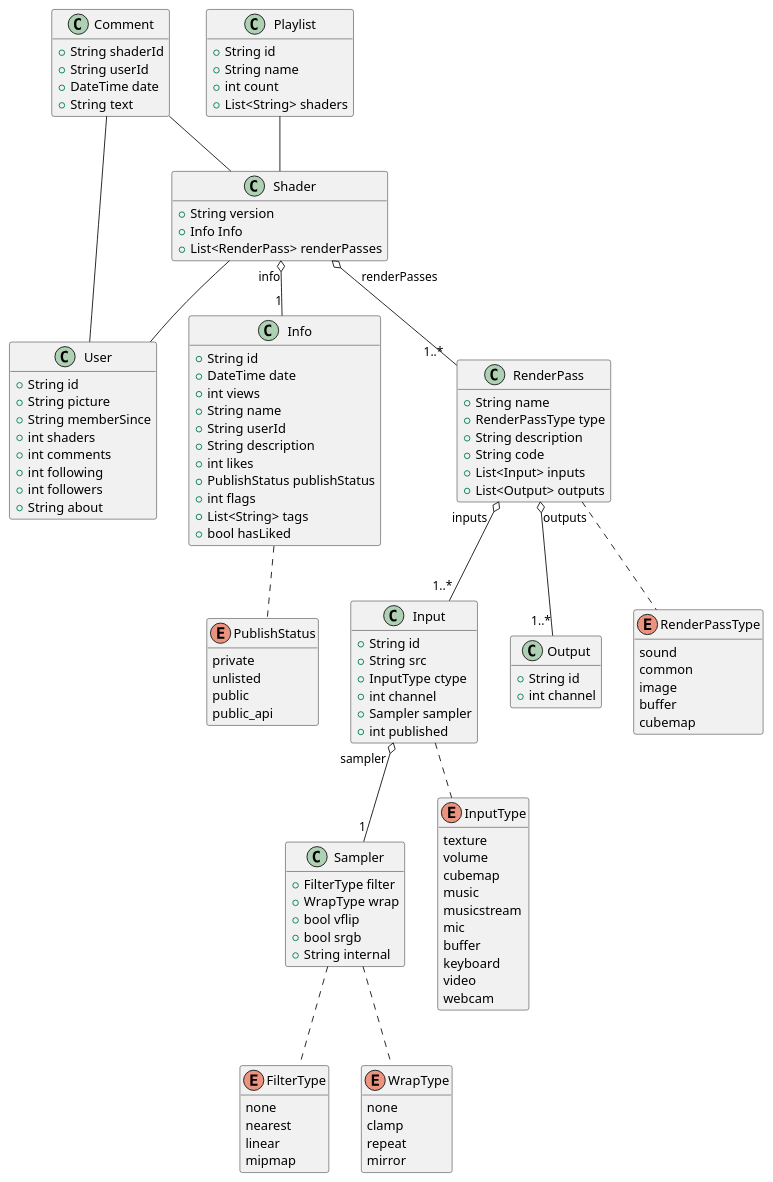
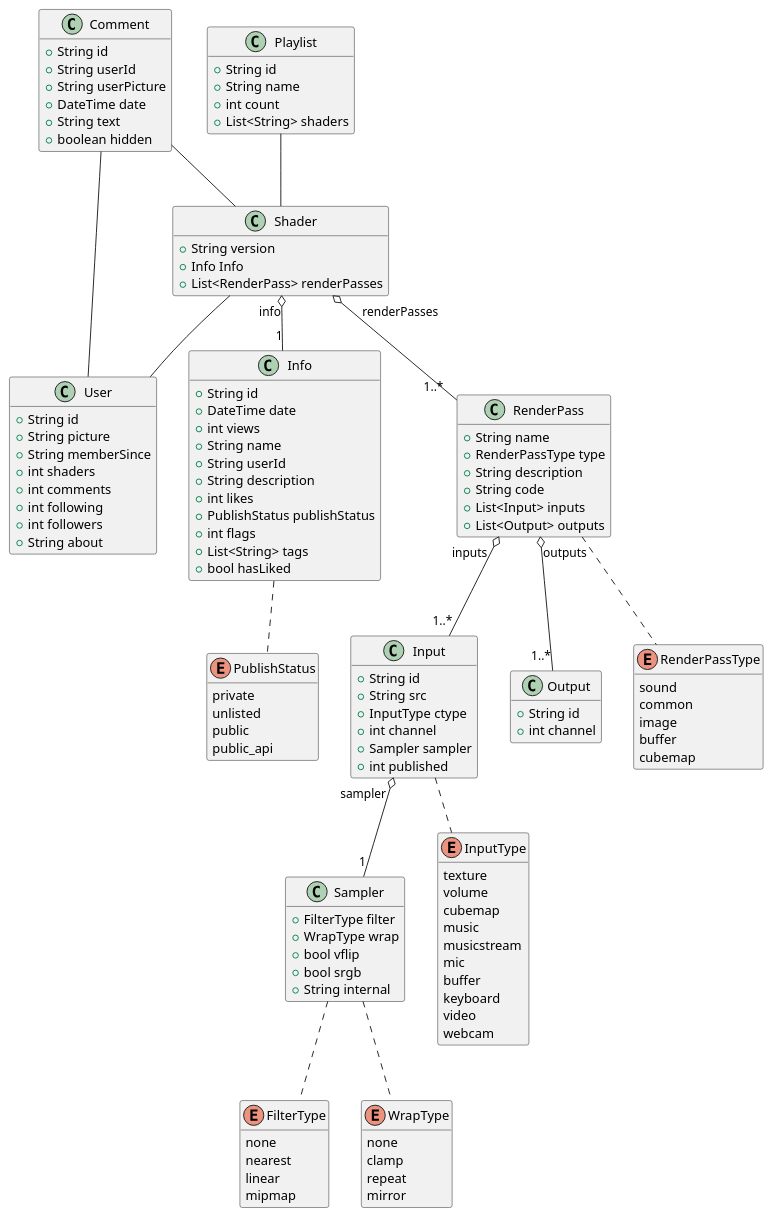
The diagram in model.pu (ivoleitao/shadertoy_api), drawn with PlantUML before and after one commit.

Commit message:
Added missing fields on comment

```diff
--- a/model.pu
+++ b/model.pu
@@ -1,142 +1,144 @@
 @startuml Shadertoy
 
 hide methods
 
 class User {
  +String id
  +String picture
  +String memberSince
  +int shaders
  +int comments 
  +int following
  +int followers
  +String about
 }
 
 class Comment {
-    +String shaderId
+    +String id
     +String userId
+    +String userPicture
     +DateTime date
     +String text
+    +boolean hidden
 }
 
 enum PublishStatus {
     private
     unlisted
     public
     public_api
 }
 
 class Info {
     +String id
     +DateTime date
     +int views 
     +String name
     +String userId
     +String description
     +int likes
     +PublishStatus publishStatus
     +int flags
     +List<String> tags
     +bool hasLiked
 }
 
 enum FilterType {
     none
     nearest
     linear
     mipmap
 }
 
 enum WrapType {
     none
     clamp
     repeat
     mirror
 }
 
 class Sampler {
     +FilterType filter
     +WrapType wrap
     +bool vflip
     +bool srgb
     +String internal
 }
 
 enum InputType {
     texture
     volume
     cubemap
     music
     musicstream
     mic
     buffer
     keyboard
     video
     webcam
 }
 
 class Input {
     +String id
     +String src
     +InputType ctype
     +int channel
     +Sampler sampler
     +int published
 }
 
 class Output {
     +String id
     +int channel
 }
 
 enum RenderPassType {
     sound
     common
     image
     buffer
     cubemap
 }
 
 class RenderPass {
     +String name
     +RenderPassType type
     +String description
     +String code
     +List<Input> inputs
     +List<Output> outputs
 
 }
 
 class Shader {
     +String version
     +Info Info
     +List<RenderPass> renderPasses
 }
 
 class Playlist {
     +String id
     +String name
     +int count
     +List<String> shaders
 }
 
 Info  .. PublishStatus
 Sampler .. FilterType
 Sampler .. WrapType
 Input .. InputType
 RenderPass .. RenderPassType
 
 Shader "info" o-- "1" Info
 Shader "     renderPasses" o-- "1..*  " RenderPass
 RenderPass "inputs  " o-- "1..*" Input
 RenderPass "outputs" o-- "1..*" Output
 Input "sampler " o-- "1" Sampler
 
 Shader -- User
 Playlist -- Shader
 Comment -- Shader
 Comment -- User
 
 
 @enduml
```
